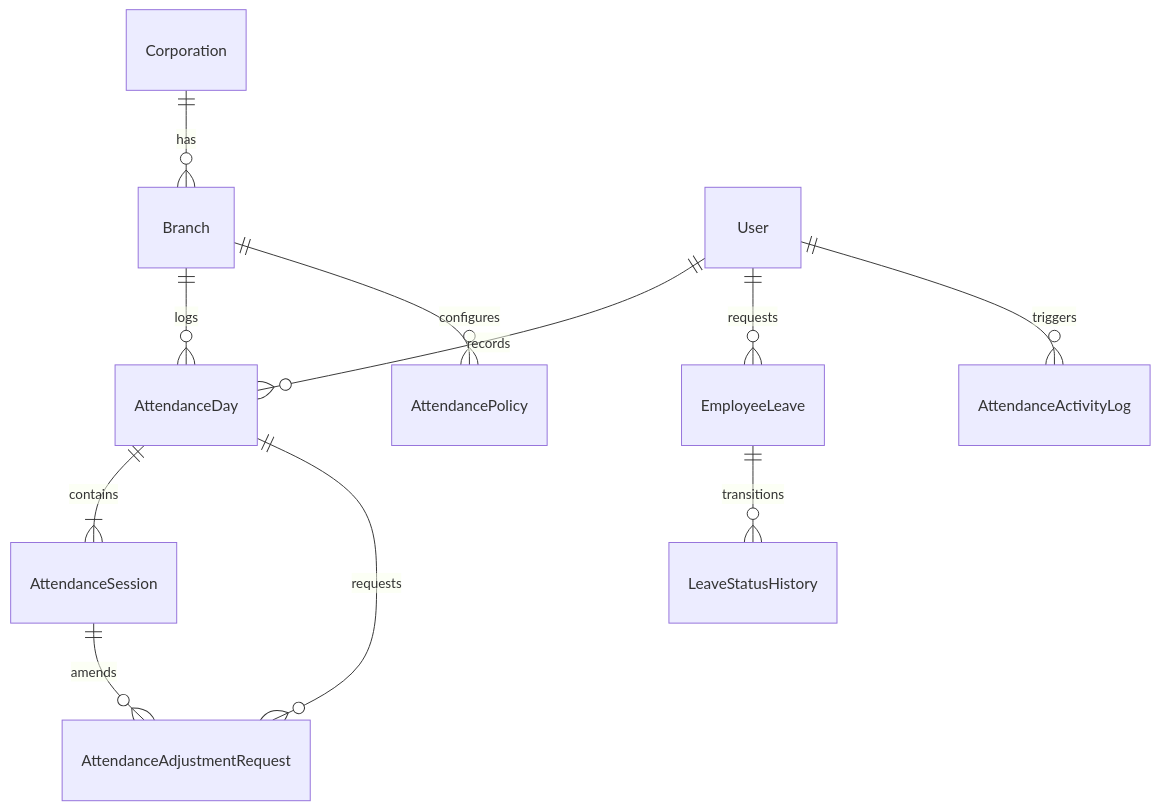
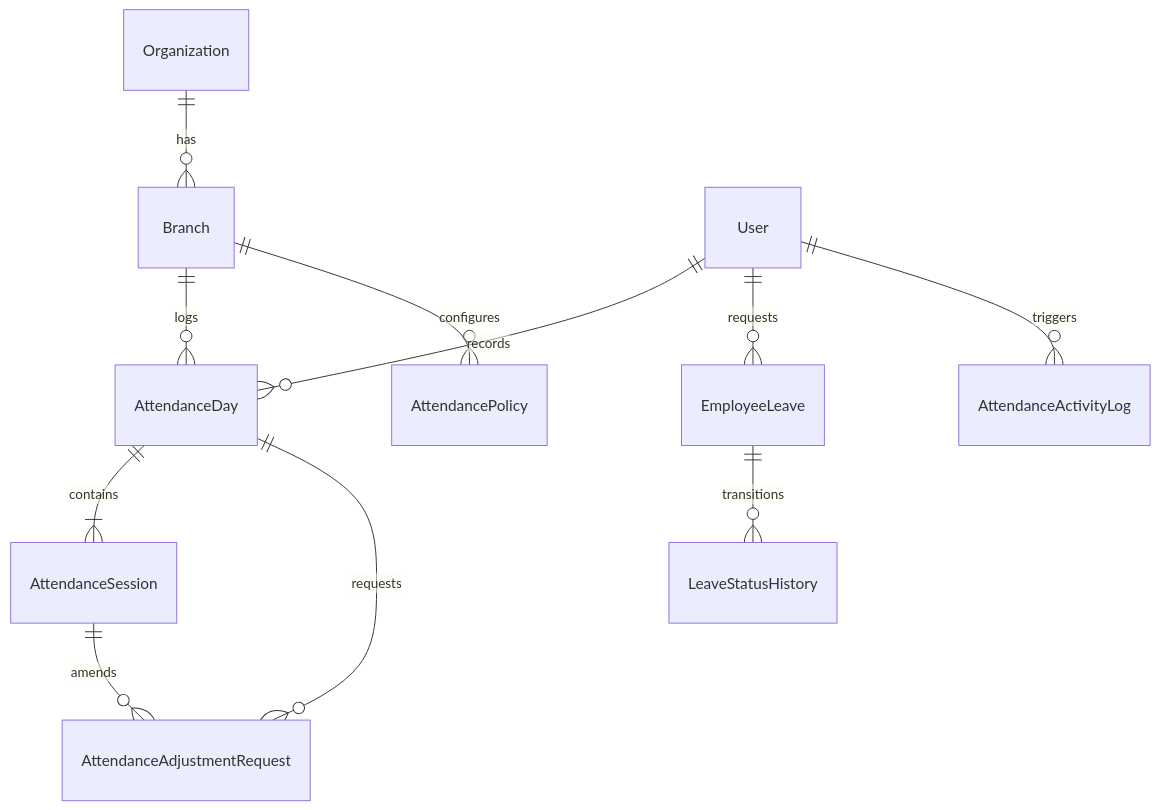
The first of 4 diagrams in docs/architecture/attendance_architecture.md (arpit0910/timeNest), drawn with Mermaid before and after one commit. The commit also changed other lines of this file and 217 other files, not shown here.

````diff
--- a/docs/architecture/attendance_architecture.md
+++ b/docs/architecture/attendance_architecture.md
@@ -20,13 +20,13 @@
 ```mermaid
 erDiagram
-    Corporation ||--o{ Branch : has
+    Organization ||--o{ Branch : has
     Branch ||--o{ AttendanceDay : logs
     Branch ||--o{ AttendancePolicy : configures
     User ||--o{ AttendanceDay : records
     User ||--o{ EmployeeLeave : requests
     EmployeeLeave ||--o{ LeaveStatusHistory : transitions
     AttendanceDay ||--|{ AttendanceSession : contains
     AttendanceDay ||--o{ AttendanceAdjustmentRequest : requests
     AttendanceSession ||--o{ AttendanceAdjustmentRequest : amends
     User ||--o{ AttendanceActivityLog : triggers
 ```
````
